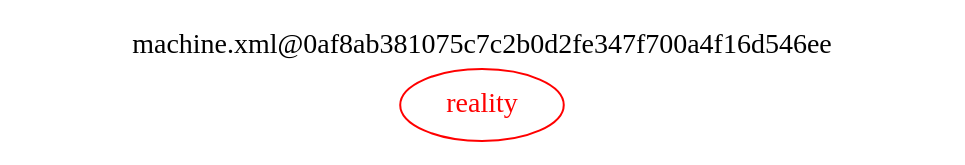
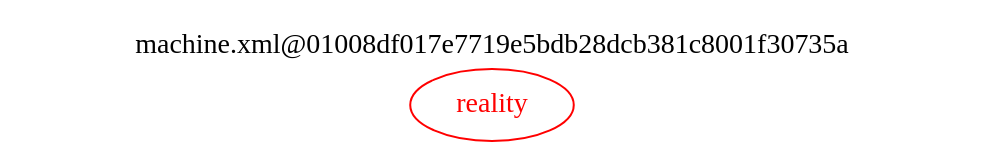
Before and after one commit to galencm/machinic-core: the diagram in generated/permutations.dot, drawn with Graphviz. The commit also changed 9 other files, not shown here.

```diff
--- a/generated/permutations.dot
+++ b/generated/permutations.dot
@@ -1,15 +1,15 @@
 // This Source Code Form is subject to the terms of the Mozilla Public
 // License, v. 2.0. If a copy of the MPL was not distributed with this
 // file, You can obtain one at http://mozilla.org/MPL/2.0/.
 
 // Copyright (c) 2018, Galen Curwen-McAdams
 
 // Generated by Codegen: https://github.com/galencm/ma
 digraph permutations {
 node [weight = 0.25];
 nodesep=0.5
 reality[label="reality",fontcolor="red",color="red"]
 
 labelloc="t";
-label="machine.xml@0af8ab381075c7c2b0d2fe347f700a4f16d546ee";
+label="machine.xml@01008df017e7719e5bdb28dcb381c8001f30735a";
 }
```
